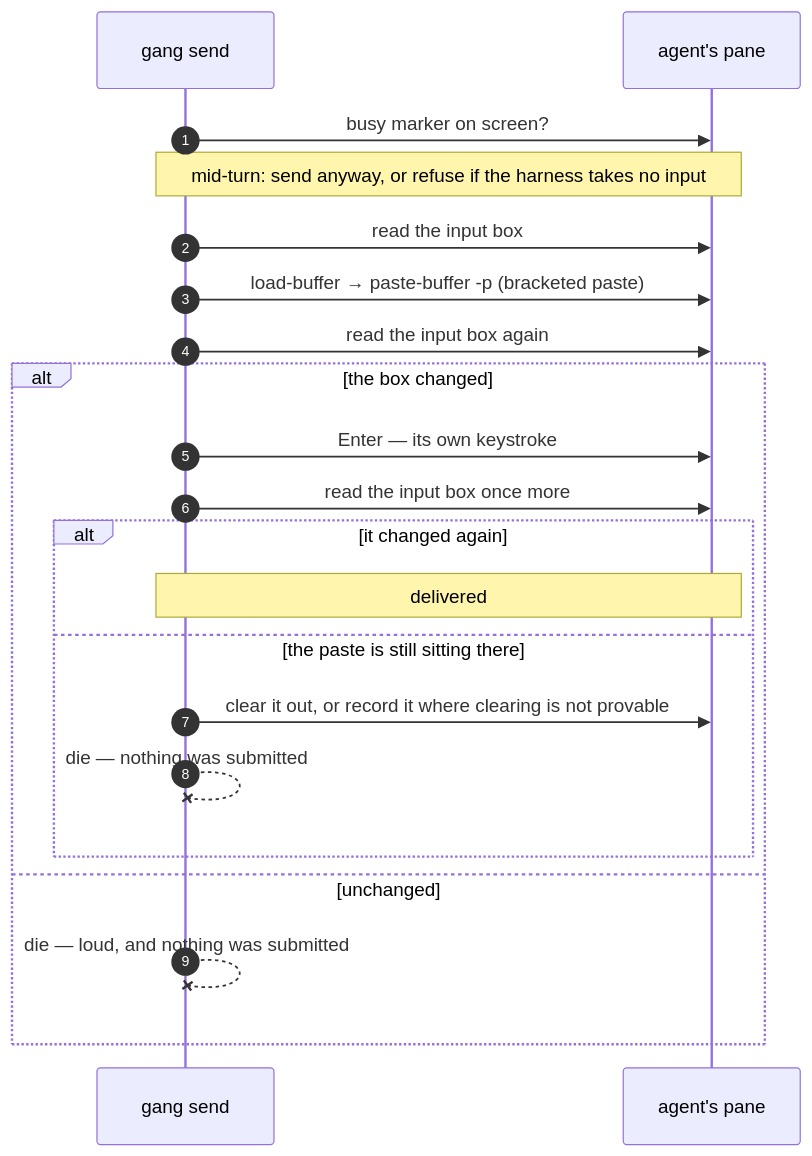
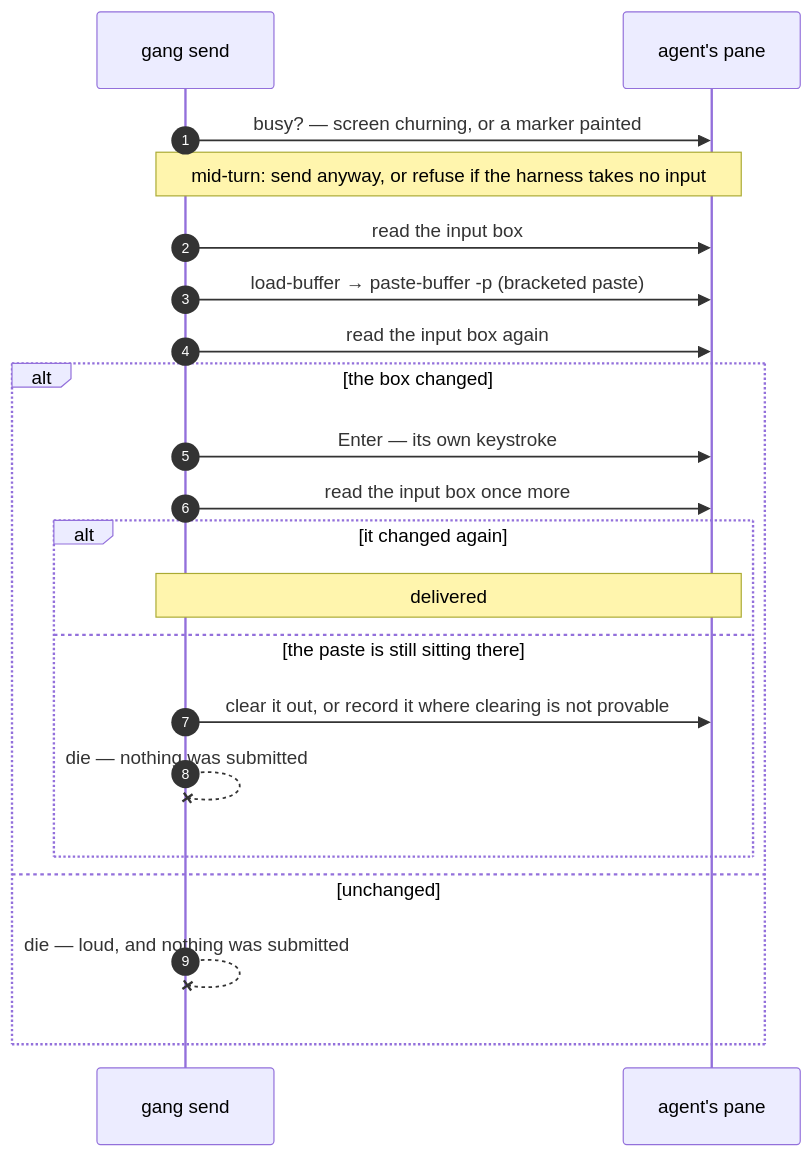
One commit to adambiggs/gangline changed the second of 3 diagrams in README.md. Above: the diagram before and after it, drawn with Mermaid. The commit also changed other lines of this file, not shown here.

````diff
--- a/README.md
+++ b/README.md
@@ -147,23 +147,23 @@
 ```mermaid
 sequenceDiagram
     autonumber
     participant G as gang send
     participant P as agent's pane
-    G->>P: busy marker on screen?
+    G->>P: busy? — screen churning, or a marker painted
     Note over G,P: mid-turn: send anyway, or refuse if the harness takes no input
     G->>P: read the input box
     G->>P: load-buffer → paste-buffer -p (bracketed paste)
     G->>P: read the input box again
     alt the box changed
         G->>P: Enter — its own keystroke
         G->>P: read the input box once more
         alt it changed again
             Note over G,P: delivered
         else the paste is still sitting there
             G->>P: clear it out, or record it where clearing is not provable
             G--xG: die — nothing was submitted
         end
     else unchanged
         G--xG: die — loud, and nothing was submitted
     end
 ```
````
